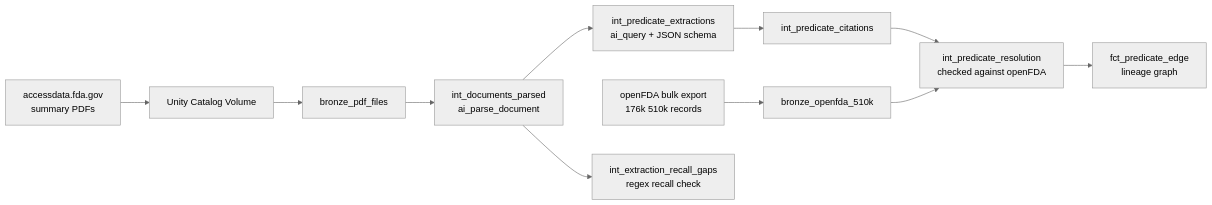
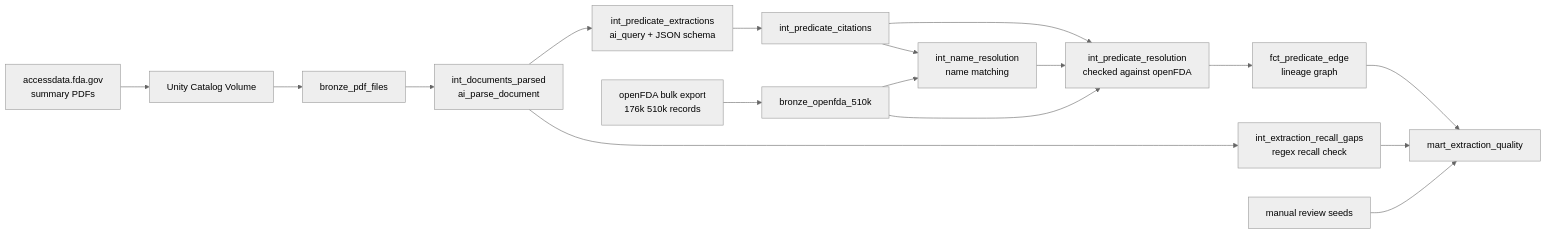
Before and after one commit to doriel/fda-510k-predicate-lineage: the diagram in README.md, drawn with Mermaid (neutral theme). The commit also changed other lines of this file, not shown here.

Commit message:
Update README with quality mart results

````diff
--- a/README.md
+++ b/README.md
@@ -11,12 +11,18 @@
 ```mermaid
 flowchart LR
     A[openFDA bulk export<br/>176k 510k records] --> B[bronze_openfda_510k]
     C[accessdata.fda.gov<br/>summary PDFs] --> D[Unity Catalog Volume] --> E[bronze_pdf_files]
     E --> F[int_documents_parsed<br/>ai_parse_document]
     F --> G[int_predicate_extractions<br/>ai_query + JSON schema]
     G --> H[int_predicate_citations]
+    H --> N[int_name_resolution<br/>name matching]
+    B --> N
     H --> I[int_predicate_resolution<br/>checked against openFDA]
+    N --> I
     B --> I
     I --> J[fct_predicate_edge<br/>lineage graph]
     F --> K[int_extraction_recall_gaps<br/>regex recall check]
+    J --> Q[mart_extraction_quality]
+    K --> Q
+    R[manual review seeds] --> Q
 ```
````
